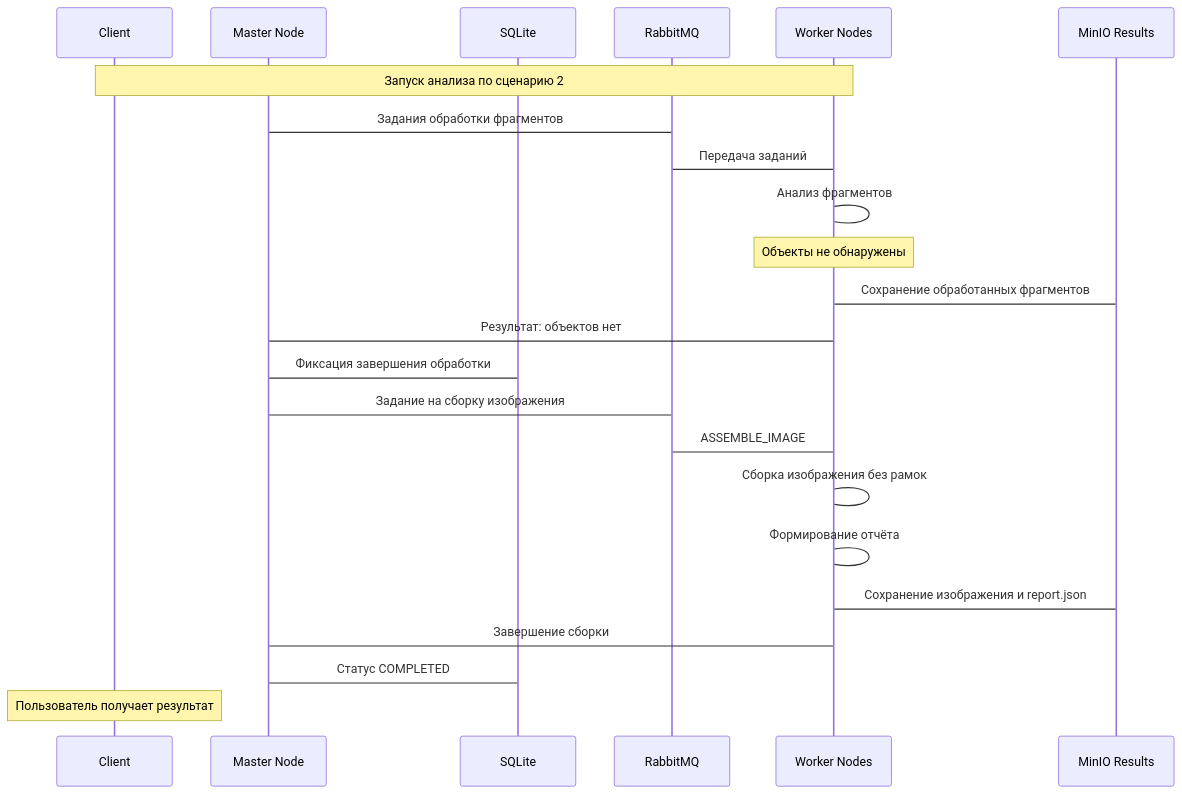
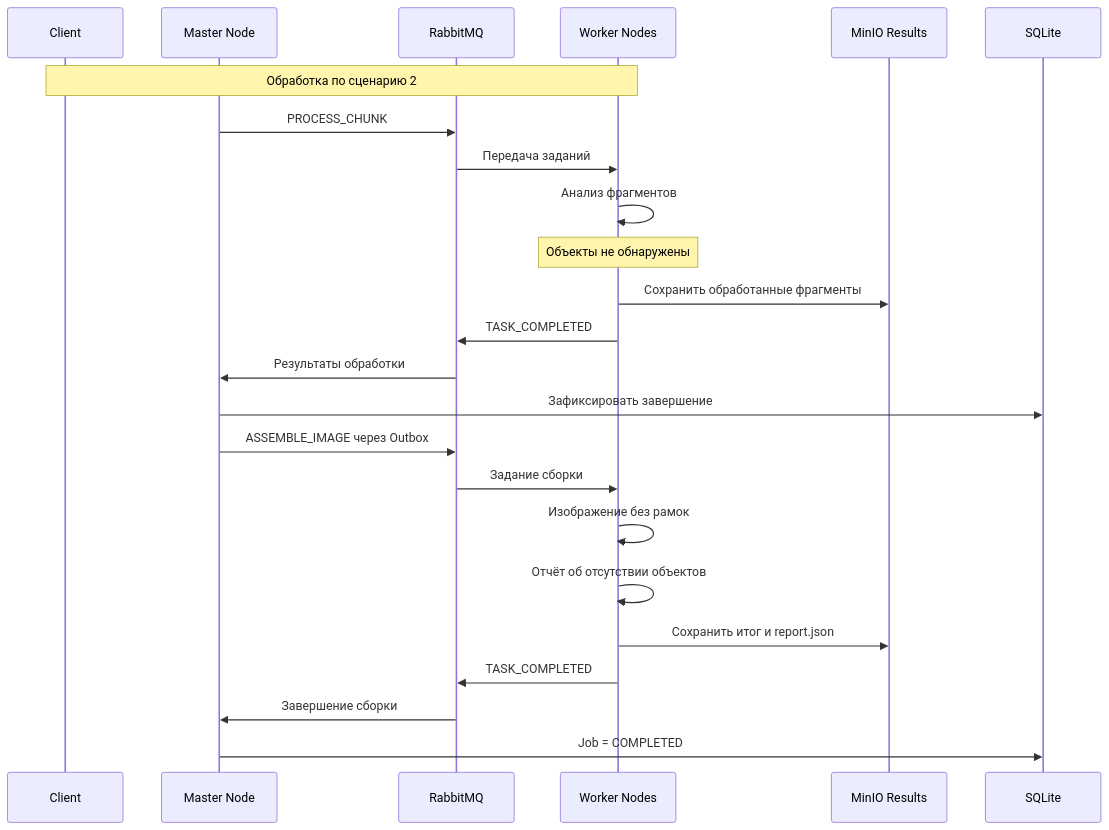
One commit to spbu-ds-practicum-2026/vibeflow changed the ninth of 12 diagrams in docs/tr.md. Above: the diagram before and after it, drawn with Mermaid. The commit also changed other lines of this file, not shown here.

````diff
--- a/docs/tr.md
+++ b/docs/tr.md
@@ -432,27 +618,28 @@
 ```mermaid
 sequenceDiagram
     participant C as Client
     participant M as Master Node
-    participant DB as SQLite
     participant Q as RabbitMQ
     participant W as Worker Nodes
     participant R as MinIO Results
+    participant DB as SQLite
 
-    Note over C,W: Запуск анализа по сценарию 2
-    M->Q: Задания обработки фрагментов
-    Q->W: Передача заданий
-    W->W: Анализ фрагментов
+    Note over C,W: Обработка по сценарию 2
+    M->>Q: PROCESS_CHUNK
+    Q->>W: Передача заданий
+    W->>W: Анализ фрагментов
     Note over W: Объекты не обнаружены
-    W->R: Сохранение обработанных фрагментов
-    W->M: Результат: объектов нет
-    M->DB: Фиксация завершения обработки
+    W->>R: Сохранить обработанные фрагменты
+    W->>Q: TASK_COMPLETED
+    Q->>M: Результаты обработки
+    M->>DB: Зафиксировать завершение
 
-    M->Q: Задание на сборку изображения
-    Q->W: ASSEMBLE_IMAGE
-    W->W: Сборка изображения без рамок
-    W->W: Формирование отчёта
-    W->R: Сохранение изображения и report.json
-    W->M: Завершение сборки
-    M->DB: Статус COMPLETED
-    Note over C: Пользователь получает результат
+    M->>Q: ASSEMBLE_IMAGE через Outbox
+    Q->>W: Задание сборки
+    W->>W: Изображение без рамок
+    W->>W: Отчёт об отсутствии объектов
+    W->>R: Сохранить итог и report.json
+    W->>Q: TASK_COMPLETED
+    Q->>M: Завершение сборки
+    M->>DB: Job = COMPLETED
 ```
````
